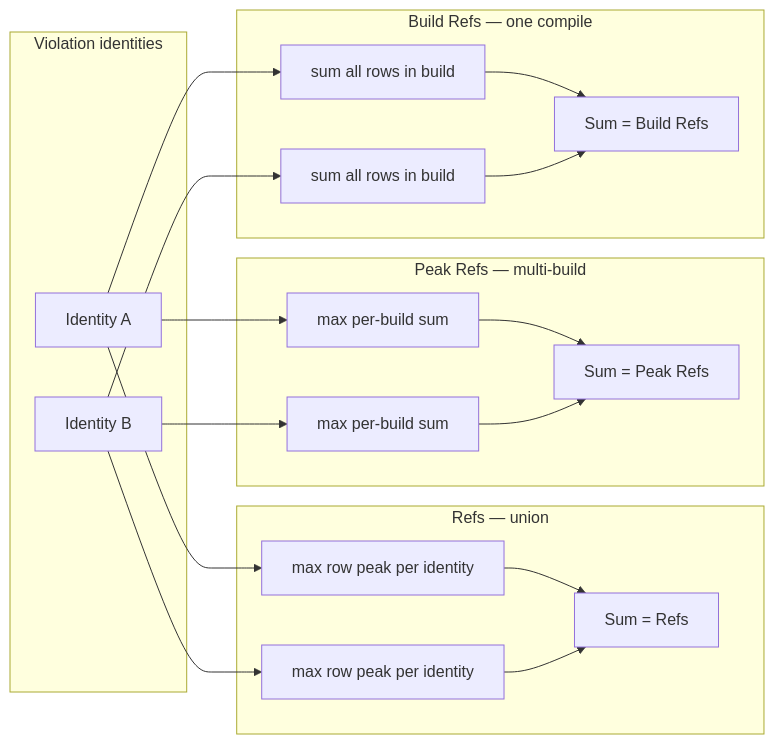
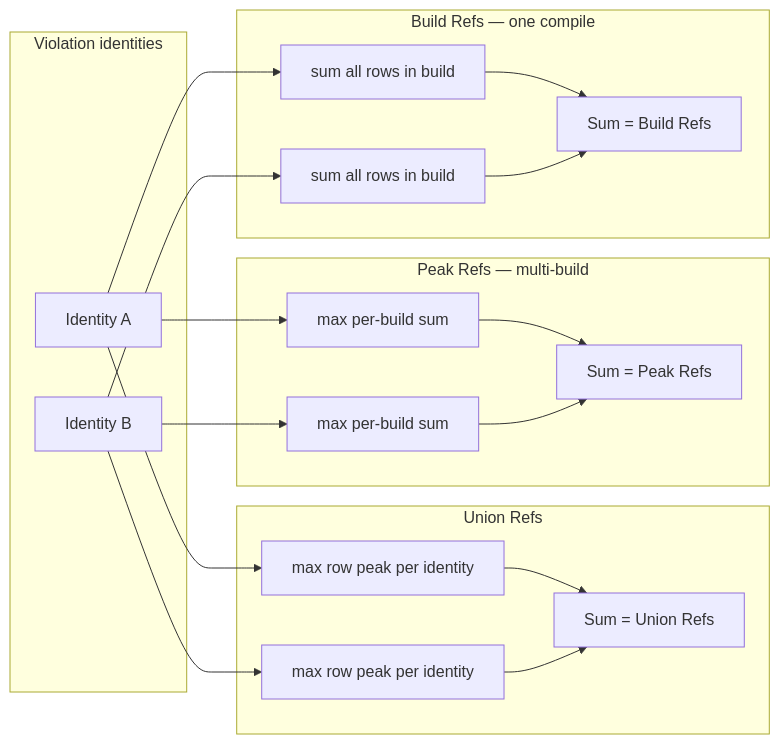
One commit to ja11sop/cuppa changed the second of 2 diagrams in docs/modules/ROOT/pages/cxx-profiles/report-introduction.adoc. Above: the diagram before and after it, drawn with Mermaid. The commit also changed other lines of this file and 18 other files, not shown here.

First line of the commit message:
Rename Profiles report Refs column to Union Refs.

```diff
--- a/docs/modules/ROOT/pages/cxx-profiles/report-introduction.adoc
+++ b/docs/modules/ROOT/pages/cxx-profiles/report-introduction.adoc
@@ -301,26 +301,26 @@
 [mermaid]
 ----
 flowchart LR
   subgraph identities [Violation identities]
     I1[Identity A]
     I2[Identity B]
   end
-  subgraph refs [Refs — union]
+  subgraph refs [Union Refs]
     I1 --> R1[max row peak per identity]
     I2 --> R2[max row peak per identity]
-    R1 --> SU[Sum = Refs]
+    R1 --> SU[Sum = Union Refs]
     R2 --> SU
   end
   subgraph peak [Peak Refs — multi-build]
     I1 --> P1[max per-build sum]
     I2 --> P2[max per-build sum]
     P1 --> SP[Sum = Peak Refs]
     P2 --> SP
   end
   subgraph build [Build Refs — one compile]
     I1 --> B1[sum all rows in build]
     I2 --> B2[sum all rows in build]
     B1 --> SB[Sum = Build Refs]
     B2 --> SB
   end
 ----
```
